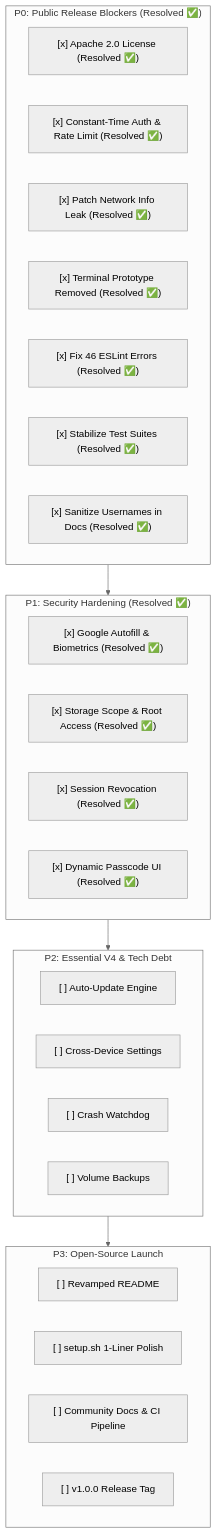
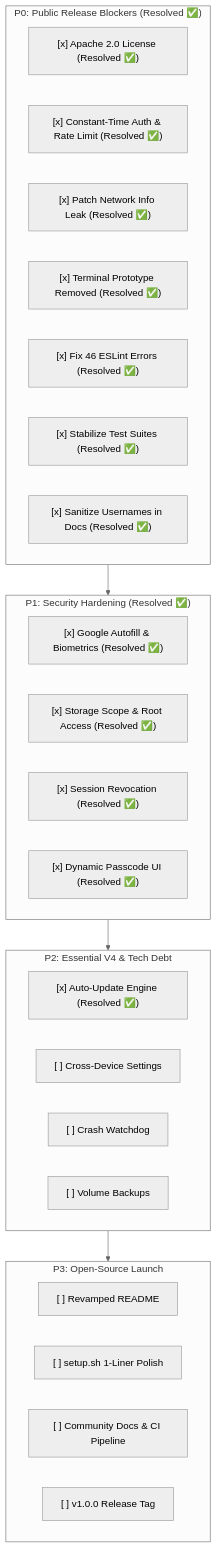
Before and after one commit to Cypher0071/Home_Cloud: the diagram in docs/launch_changes.md, drawn with Mermaid (neutral theme). The commit also changed other lines of this file and 8 other files, not shown here.

````diff
--- a/docs/launch_changes.md
+++ b/docs/launch_changes.md
@@ -359,37 +379,37 @@
 ```mermaid
 flowchart TD
     subgraph P0["P0: Public Release Blockers (Resolved ✅)"]
         L["[x] Apache 2.0 License (Resolved ✅)"]
         A["[x] Constant-Time Auth & Rate Limit (Resolved ✅)"]
         N["[x] Patch Network Info Leak (Resolved ✅)"]
         T["[x] Terminal Prototype Removed (Resolved ✅)"]
         E["[x] Fix 46 ESLint Errors (Resolved ✅)"]
         TS["[x] Stabilize Test Suites (Resolved ✅)"]
         S["[x] Sanitize Usernames in Docs (Resolved ✅)"]
     end
 
     subgraph P1["P1: Security Hardening (Resolved ✅)"]
         W["[x] Google Autofill & Biometrics (Resolved ✅)"]
         J["[x] Storage Scope & Root Access (Resolved ✅)"]
         R["[x] Session Revocation (Resolved ✅)"]
         P["[x] Dynamic Passcode UI (Resolved ✅)"]
     end
 
     subgraph P2["P2: Essential V4 & Tech Debt"]
-        AU["[ ] Auto-Update Engine"]
+        AU["[x] Auto-Update Engine (Resolved ✅)"]
         SP["[ ] Cross-Device Settings"]
         CW["[ ] Crash Watchdog"]
         BK["[ ] Volume Backups"]
     end
 
     subgraph P3["P3: Open-Source Launch"]
         RM["[ ] Revamped README"]
         ST["[ ] setup.sh 1-Liner Polish"]
         GH["[ ] Community Docs & CI Pipeline"]
         REL["[ ] v1.0.0 Release Tag"]
     end
 
     P0 --> P1
     P1 --> P2
     P2 --> P3
 ```
````
